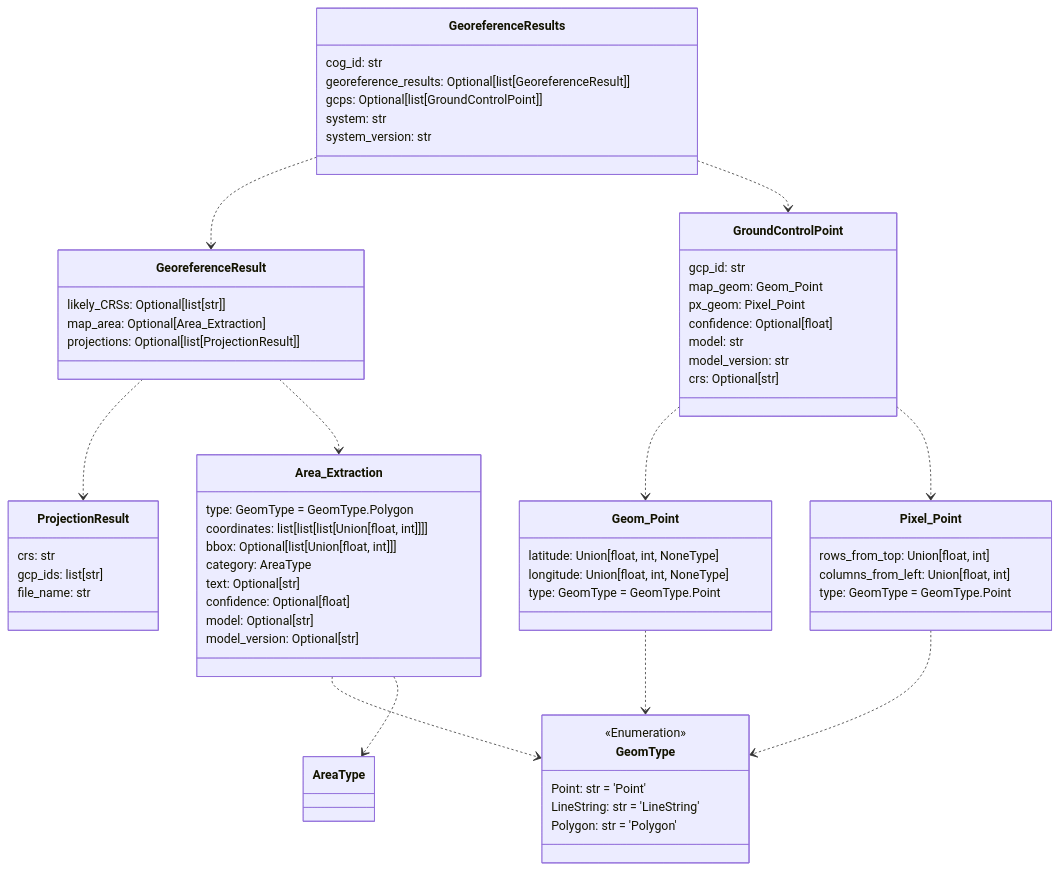
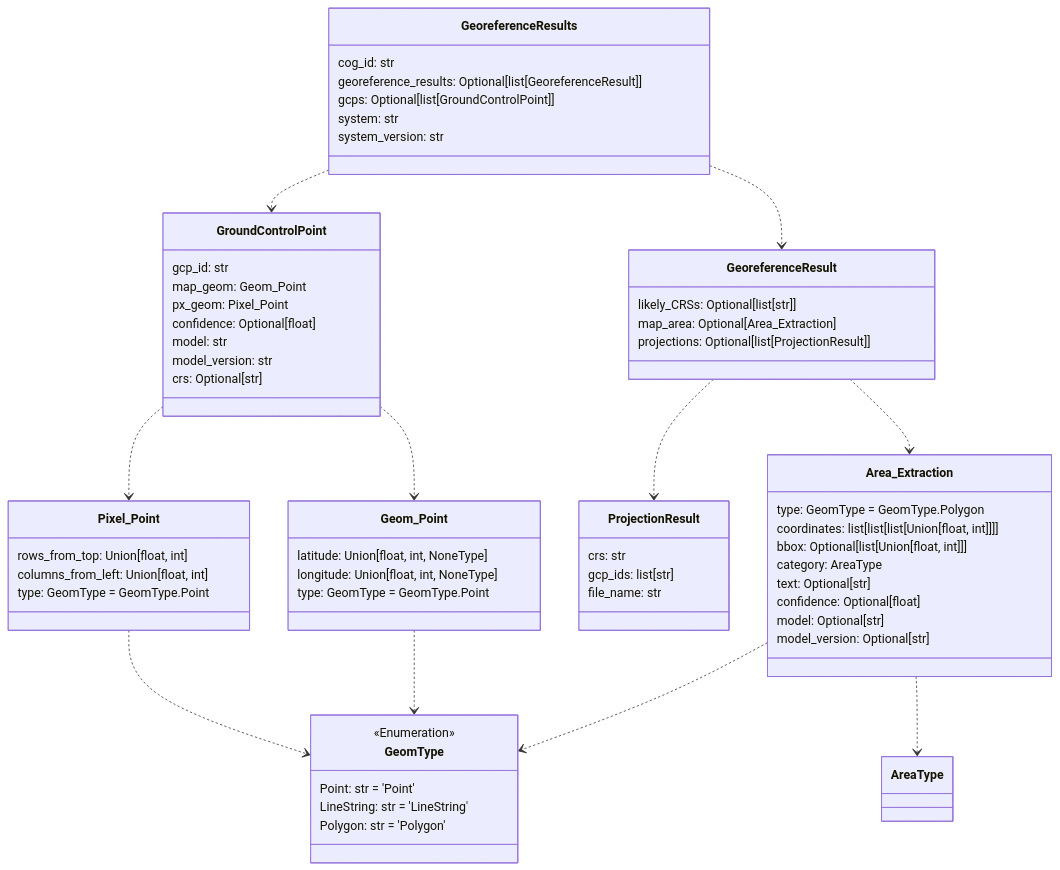
The first of 6 diagrams in README.md (UW-xDD/cdr_schemas), drawn with Mermaid before and after one commit. The commit also changed other lines of this file and 5 other files, not shown here.

````diff
--- a/README.md
+++ b/README.md
@@ -50,76 +50,76 @@
 ```mermaid
 classDiagram
 
-    class GroundControlPoint {
-        gcp_id: str
-        map_geom: Geom_Point
-        px_geom: Pixel_Point
-        confidence: Optional[float]
-        model: str
-        model_version: str
-        crs: Optional[str]
-    }
-
-    class ProjectionResult {
-        crs: str
-        gcp_ids: list[str]
-        file_name: str
-    }
-
-    class GeoreferenceResult {
-        likely_CRSs: Optional[list[str]]
-        map_area: Optional[Area_Extraction]
-        projections: Optional[list[ProjectionResult]]
+    class Pixel_Point {
+        rows_from_top: Union[float, int]
+        columns_from_left: Union[float, int]
+        type: GeomType = GeomType.Point
     }
 
     class GeoreferenceResults {
         cog_id: str
         georeference_results: Optional[list[GeoreferenceResult]]
         gcps: Optional[list[GroundControlPoint]]
         system: str
         system_version: str
     }
 
     class GeomType {
         <<Enumeration>>
         Point: str = 'Point'
         LineString: str = 'LineString'
         Polygon: str = 'Polygon'
     }
 
-    class Pixel_Point {
-        rows_from_top: Union[float, int]
-        columns_from_left: Union[float, int]
-        type: GeomType = GeomType.Point
-    }
-
-    class Geom_Point {
-        latitude: Union[float, int, NoneType]
-        longitude: Union[float, int, NoneType]
-        type: GeomType = GeomType.Point
-    }
-
     class Area_Extraction {
         type: GeomType = GeomType.Polygon
         coordinates: list[list[list[Union[float, int]]]]
         bbox: Optional[list[Union[float, int]]]
         category: AreaType
         text: Optional[str]
         confidence: Optional[float]
         model: Optional[str]
         model_version: Optional[str]
     }
 
+    class Geom_Point {
+        latitude: Union[float, int, NoneType]
+        longitude: Union[float, int, NoneType]
+        type: GeomType = GeomType.Point
+    }
+
+    class ProjectionResult {
+        crs: str
+        gcp_ids: list[str]
+        file_name: str
+    }
+
+    class GroundControlPoint {
+        gcp_id: str
+        map_geom: Geom_Point
+        px_geom: Pixel_Point
+        confidence: Optional[float]
+        model: str
+        model_version: str
+        crs: Optional[str]
+    }
+
+    class GeoreferenceResult {
+        likely_CRSs: Optional[list[str]]
+        map_area: Optional[Area_Extraction]
+        projections: Optional[list[ProjectionResult]]
+    }
+
     Area_Extraction ..> GeomType
     Area_Extraction ..> AreaType
     Geom_Point ..> GeomType
     Pixel_Point ..> GeomType
+    GroundControlPoint ..> Pixel_Point
     GroundControlPoint ..> Geom_Point
-    GroundControlPoint ..> Pixel_Point
     GeoreferenceResult ..> ProjectionResult
     GeoreferenceResult ..> Area_Extraction
+    GeoreferenceResults ..> GroundControlPoint
     GeoreferenceResults ..> GeoreferenceResult
-    GeoreferenceResults ..> GroundControlPoint
 
 
 ```
````
